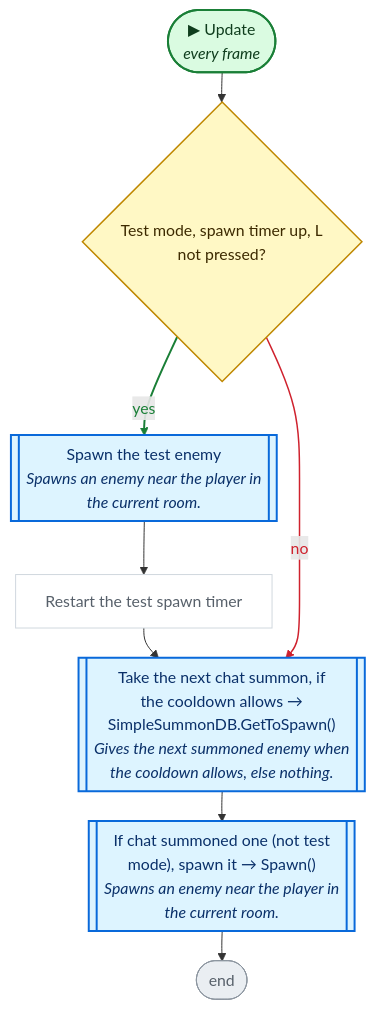
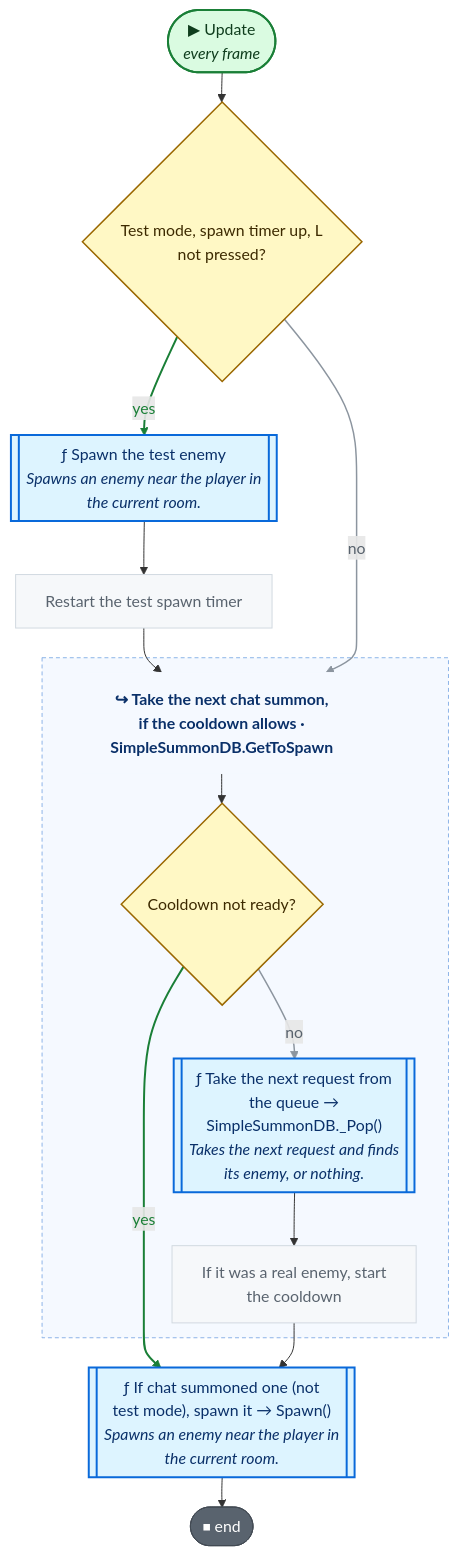
One commit to nataiai/Lord-of-the-Dungeon changed the fourth of 7 diagrams in CodeGraph~/graph/GameManager.cs.md. Above: the diagram before and after it, drawn with Mermaid. The commit also changed other lines of this file and 57 other files, not shown here.

````diff
--- a/CodeGraph~/graph/GameManager.cs.md
+++ b/CodeGraph~/graph/GameManager.cs.md
@@ -208,45 +210,62 @@
 ```mermaid
 ---
 config:
   flowchart:
     wrappingWidth: 260
     nodeSpacing: 26
     rankSpacing: 30
 ---
 flowchart TD
   nS(["▶ Update<br><i>every frame</i>"])
   n3e5eab{"Test mode, spawn timer up, L<br>not pressed?"}
-  ne508c8[["Spawn the test enemy<br><i>Spawns an enemy near the player in</i><br><i>the current room.</i>"]]
+  ne508c8[["ƒ Spawn the test enemy<br><i>Spawns an enemy near the player in</i><br><i>the current room.</i>"]]
   na1060f["Restart the test spawn timer"]
-  n9e886c[["Take the next chat summon, if<br>the cooldown allows →<br>SimpleSummonDB.GetToSpawn()<br><i>Gives the next summoned enemy when</i><br><i>the cooldown allows, else nothing.</i>"]]
-  n0f2912[["If chat summoned one (not test<br>mode), spawn it → Spawn()<br><i>Spawns an enemy near the player in</i><br><i>the current room.</i>"]]
-  nE(["end"])
+  n9e886c_h["↪ Take the next chat summon,<br>if the cooldown allows ·<br>SimpleSummonDB.GetToSpawn"]
+  n9e886c_n6f665b{"Cooldown not ready?"}
+  n9e886c_n9803bb[["ƒ Take the next request from<br>the queue →<br>SimpleSummonDB._Pop()<br><i>Takes the next request and finds</i><br><i>its enemy, or nothing.</i>"]]
+  n9e886c_n295bb4["If it was a real enemy, start<br>the cooldown"]
+  n0f2912[["ƒ If chat summoned one (not<br>test mode), spawn it → Spawn()<br><i>Spawns an enemy near the player in</i><br><i>the current room.</i>"]]
+  nE(["⏹ end"])
+  subgraph n9e886c_g[" "]
+    n9e886c_h
+    n9e886c_n6f665b
+    n9e886c_n9803bb
+    n9e886c_n295bb4
+  end
+  style n9e886c_g fill:#f5f9ff,stroke:#8cb4e8,stroke-dasharray:4 3,color:#0a3069
   nS --> n3e5eab
   n3e5eab -->|yes| ne508c8
   ne508c8 --> na1060f
-  na1060f --> n9e886c
-  n3e5eab -->|no| n9e886c
-  n9e886c --> n0f2912
+  na1060f --> n9e886c_h
+  n3e5eab -->|no| n9e886c_h
   n0f2912 --> nE
+  n9e886c_h --> n9e886c_n6f665b
+  n9e886c_n6f665b -->|no| n9e886c_n9803bb
+  n9e886c_n6f665b -->|yes| n0f2912
+  n9e886c_n9803bb --> n9e886c_n295bb4
+  n9e886c_n295bb4 --> n0f2912
   linkStyle 1 stroke:#1a7f37,stroke-width:2px,color:#1a7f37
-  linkStyle 4 stroke:#cf222e,stroke-width:1.5px,color:#cf222e
+  linkStyle 4 stroke:#8c959f,stroke-width:1.5px,color:#59636e
+  linkStyle 7 stroke:#8c959f,stroke-width:1.5px,color:#59636e
+  linkStyle 8 stroke:#1a7f37,stroke-width:2px,color:#1a7f37
   classDef unity fill:#dafbe1,stroke:#1a7f37,stroke-width:2px,color:#0f3d1d
   classDef start fill:#dafbe1,stroke:#1a7f37,stroke-width:2px,color:#0f3d1d
-  classDef calc fill:#ffffff,stroke:#d0d7de,color:#57606a
+  classDef calc fill:#f6f8fa,stroke:#d1d9e0,color:#59636e
   classDef calls fill:#ddf4ff,stroke:#0969da,stroke-width:2px,color:#0a3069
-  classDef ext fill:#ddf4ff,stroke:#0969da,stroke-width:2px,stroke-dasharray:5 3,color:#0a3069
-  classDef cond fill:#fff8c5,stroke:#bf8700,stroke-width:1.5px,color:#3d2a00
-  classDef loop fill:#f6f8fa,stroke:#57606a,color:#1f2328
-  classDef exit fill:#ffebe9,stroke:#cf222e,color:#82071e
+  classDef ext fill:#f6f8fa,stroke:#59636e,stroke-width:1.5px,stroke-dasharray:5 5,color:#1f2328
+  classDef cond fill:#fff8c5,stroke:#9a6700,stroke-width:1.5px,color:#3d2a00
+  classDef loop fill:#fff8c5,stroke:#9a6700,color:#3d2a00
+  classDef wait fill:#fff8c5,stroke:#9a6700,color:#3d2a00
+  classDef exit fill:#59636e,stroke:#424a53,color:#ffffff
+  classDef fin fill:#59636e,stroke:#424a53,color:#ffffff
+  classDef act fill:#ffffff,stroke:#59636e,stroke-width:1.5px,color:#1f2328
   classDef kill fill:#ffebe9,stroke:#cf222e,stroke-width:2px,color:#82071e
-  classDef spawn fill:#dafbe1,stroke:#1a7f37,stroke-width:2px,color:#0f3d1d
-  classDef wait fill:#fff1e5,stroke:#bc4c00,color:#4d1d00
-  classDef fin fill:#eaeef2,stroke:#8c959f,color:#57606a
   classDef join fill:#d0d7de,stroke:#8c959f,color:#57606a
   classDef ghdr fill:#f5f9ff,stroke:#f5f9ff,color:#0a3069,font-weight:bold
-  class na1060f calc
-  class ne508c8,n9e886c,n0f2912 calls
-  class n3e5eab cond
+  class na1060f,n9e886c_n295bb4 calc
+  class ne508c8,n9e886c_n9803bb,n0f2912 calls
+  class n3e5eab,n9e886c_n6f665b cond
   class nE fin
+  class n9e886c_h ghdr
   class nS unity
 ```
````
